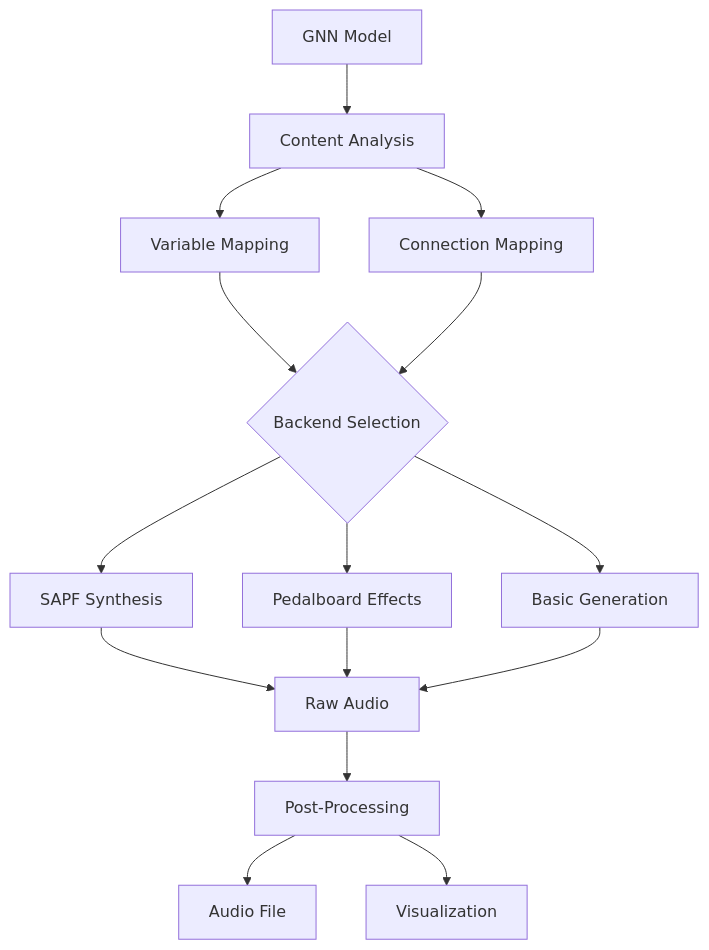
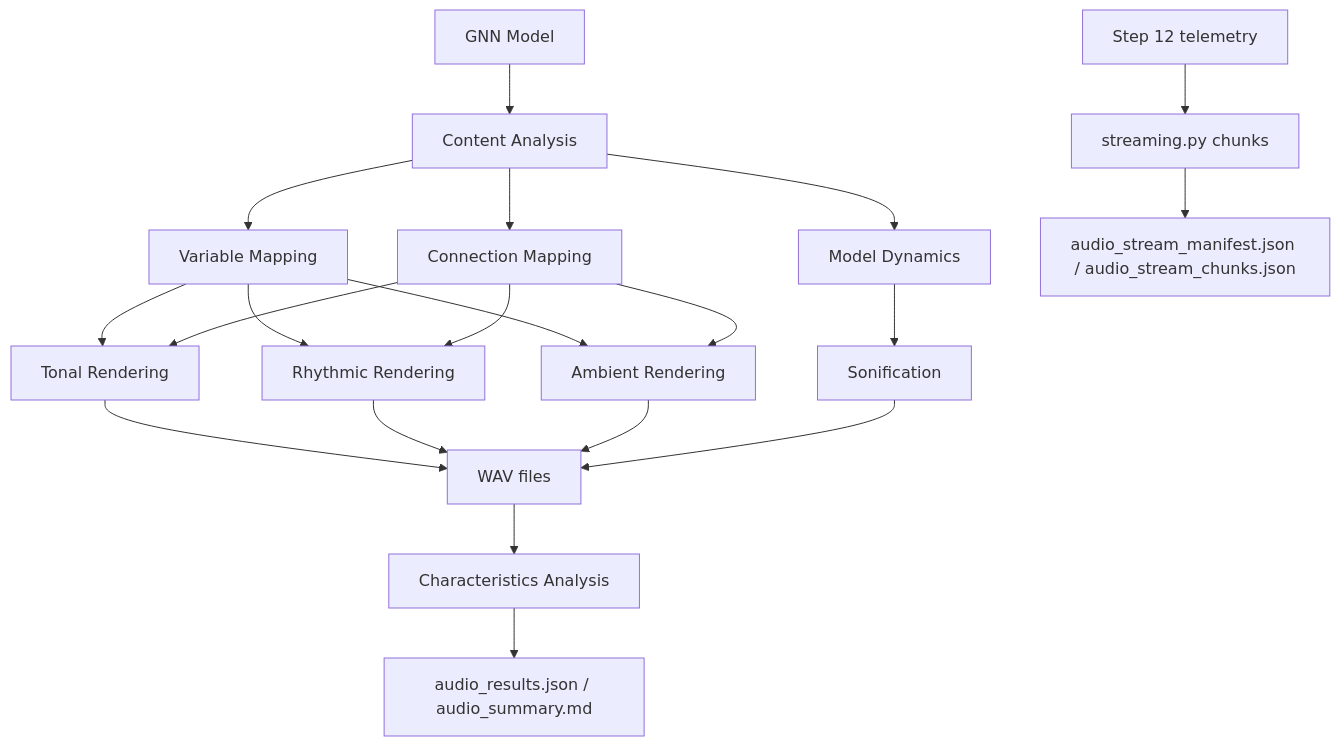
One commit to ActiveInferenceInstitute/GeneralizedNotationNotation changed the diagram in src/audio/README.md. Above: the diagram before and after it, drawn with Mermaid. The commit also changed other lines of this file and 278 other files, not shown here.

````diff
--- a/src/audio/README.md
+++ b/src/audio/README.md
@@ -328,21 +224,25 @@
 ```mermaid
 graph TD
     Input[GNN Model] --> Analysis[Content Analysis]
     Analysis --> Vars[Variable Mapping]
     Analysis --> Conns[Connection Mapping]
-    
-    Vars --> Backend{Backend Selection}
-    Conns --> Backend
-    
-    Backend --> SAPF[SAPF Synthesis]
-    Backend --> Pedal[Pedalboard Effects]
-    Backend --> Basic[Basic Generation]
-    
-    SAPF --> Audio[Raw Audio]
-    Pedal --> Audio
-    Basic --> Audio
-    
-    Audio --> Process[Post-Processing]
-    Process --> File[Audio File]
-    Process --> Viz[Visualization]
+    Analysis --> Dyn[Model Dynamics]
+
+    Vars --> Tonal[Tonal Rendering]
+    Vars --> Rhythm[Rhythmic Rendering]
+    Vars --> Ambient[Ambient Rendering]
+    Conns --> Tonal
+    Conns --> Rhythm
+    Conns --> Ambient
+    Dyn --> Sonif[Sonification]
+
+    Tonal --> WAV[WAV files]
+    Rhythm --> WAV
+    Ambient --> WAV
+    Sonif --> WAV
+    WAV --> Analyze[Characteristics Analysis]
+    Analyze --> Results[audio_results.json / audio_summary.md]
+
+    Telemetry[Step 12 telemetry] --> Stream[streaming.py chunks]
+    Stream --> Manifest[audio_stream_manifest.json / audio_stream_chunks.json]
 ```
````
